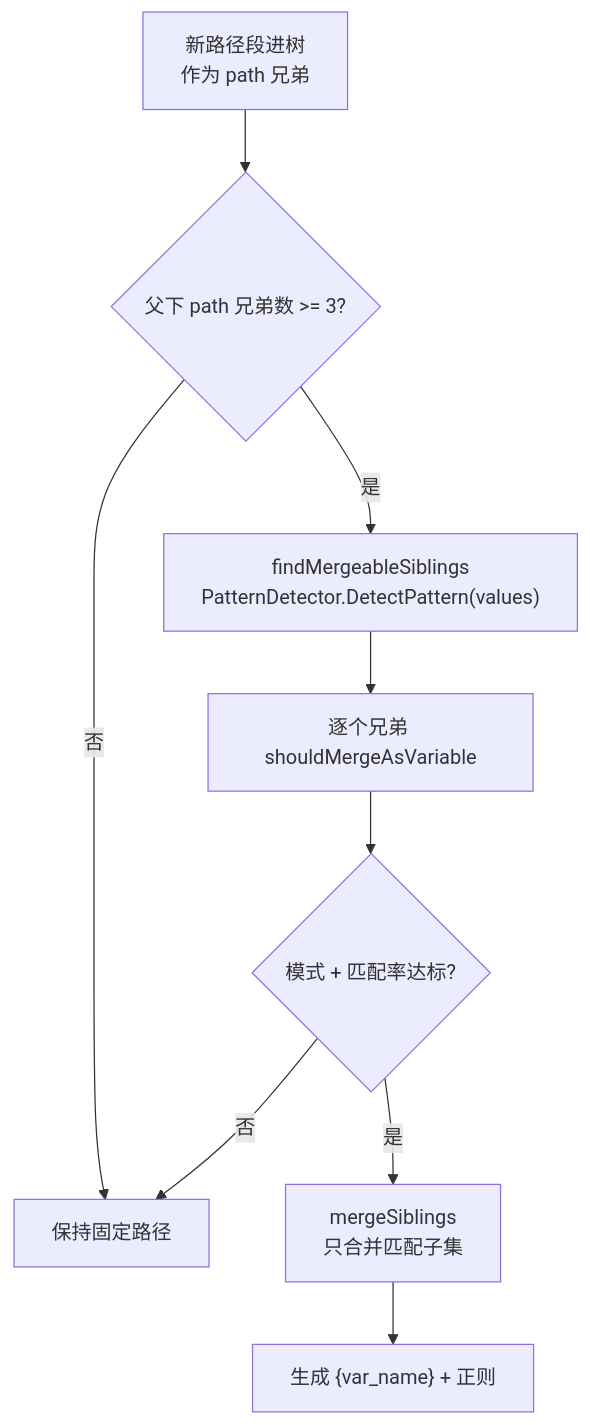
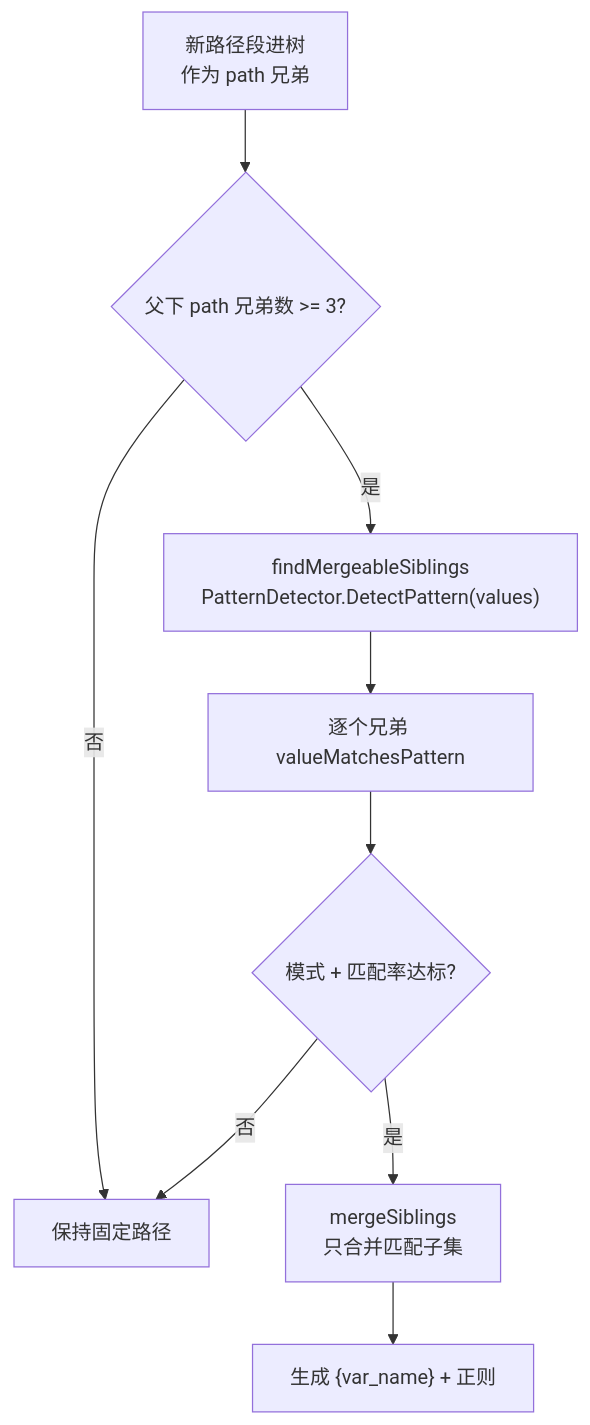
Before and after one commit to cyberspacesec/reverse-router-tree-skills: the first of 2 diagrams in website/docs/features/path-variable.md, drawn with Mermaid. The commit also changed other lines of this file and 18 other files, not shown here.

````diff
--- a/website/docs/features/path-variable.md
+++ b/website/docs/features/path-variable.md
@@ -21,11 +21,11 @@
 ```mermaid
 flowchart TD
     A["新路径段进树<br/>作为 path 兄弟"] --> B{"父下 path 兄弟数 >= 3?"}
     B -- 否 --> R[保持固定路径]
     B -- 是 --> C["findMergeableSiblings<br/>PatternDetector.DetectPattern(values)"]
-    C --> D["逐个兄弟 shouldMergeAsVariable"]
+    C --> D["逐个兄弟 valueMatchesPattern"]
     D --> E{"模式 + 匹配率达标?"}
     E -- 否 --> R
     E -- 是 --> F["mergeSiblings<br/>只合并匹配子集"]
     F --> G["生成 {var_name} + 正则"]
 ```
````
